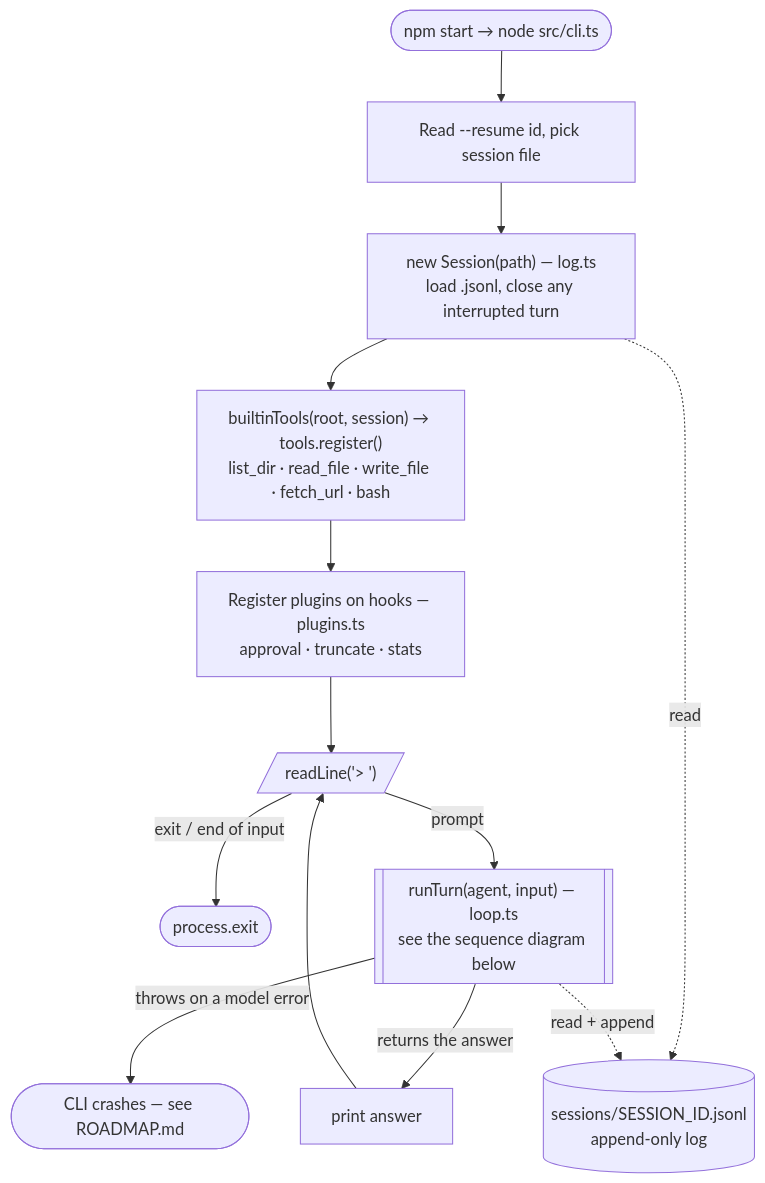
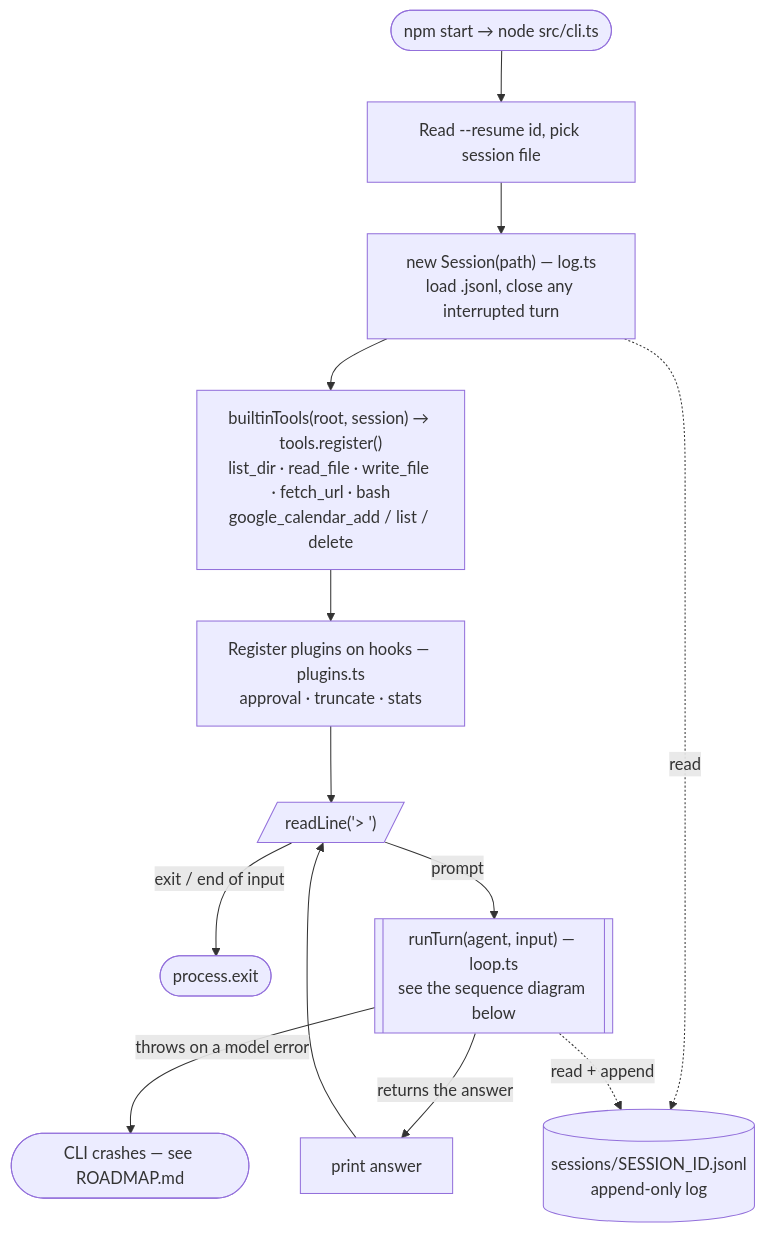
The first of 2 diagrams in README.md (karthikeyanrathore/tiny-harness), drawn with Mermaid before and after one commit. The commit also changed other lines of this file and 6 other files, not shown here.

First line of the commit message:
Add CI, calendar tool tests, branch in the status line, and a README tools list

````diff
--- a/README.md
+++ b/README.md
@@ -36,17 +58,17 @@
 ```mermaid
 flowchart TD
     A(["npm start → node src/cli.ts"]) --> B["Read --resume id, pick session file"]
     B --> C["new Session(path) — log.ts<br/>load .jsonl, close any interrupted turn"]
-    C --> D["builtinTools(root, session) → tools.register()<br/>list_dir · read_file · write_file · fetch_url · bash"]
+    C --> D["builtinTools(root, session) → tools.register()<br/>list_dir · read_file · write_file · fetch_url · bash<br/>google_calendar_add / list / delete"]
     D --> E["Register plugins on hooks — plugins.ts<br/>approval · truncate · stats"]
     E --> F[/"readLine('> ')"/]
 
     F -->|"exit / end of input"| Z(["process.exit"])
     F -->|"prompt"| RT[["runTurn(agent, input) — loop.ts<br/>see the sequence diagram below"]]
     RT -->|"returns the answer"| P["print answer"] --> F
     RT -->|"throws on a model error"| CRASH(["CLI crashes — see ROADMAP.md"])
 
     LOG[("sessions/SESSION_ID.jsonl<br/>append-only log")]
     C -.->|read| LOG
     RT -.->|"read + append"| LOG
 ```
````
